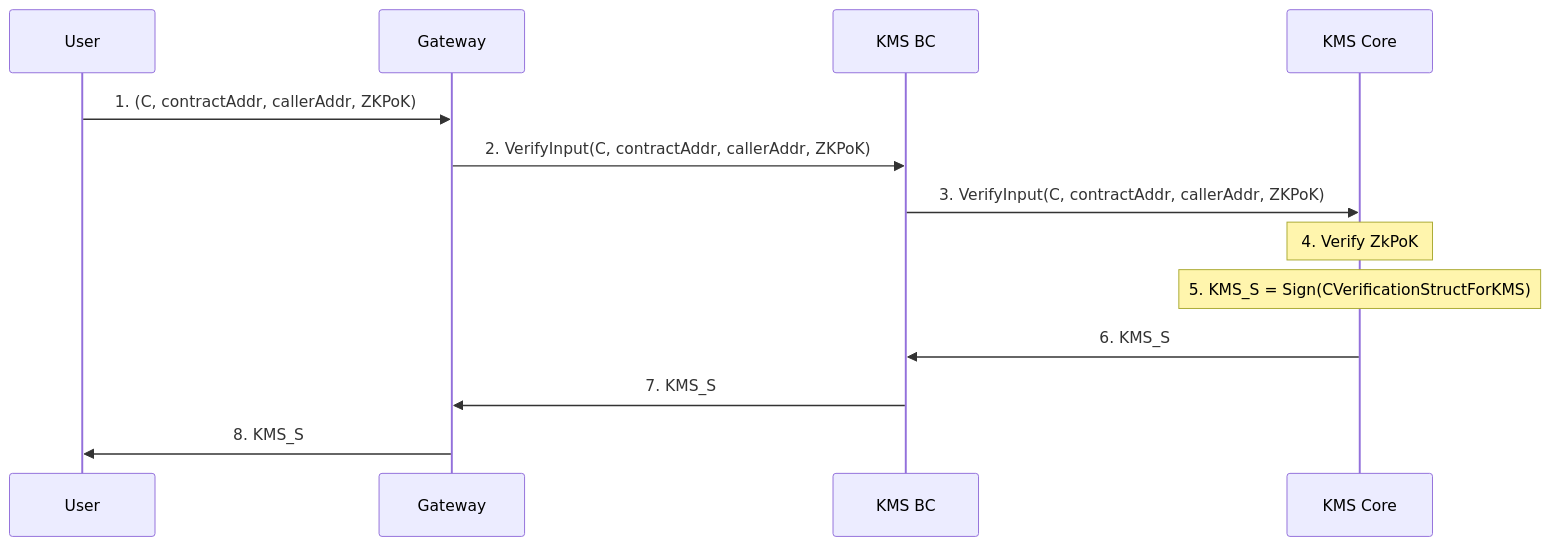
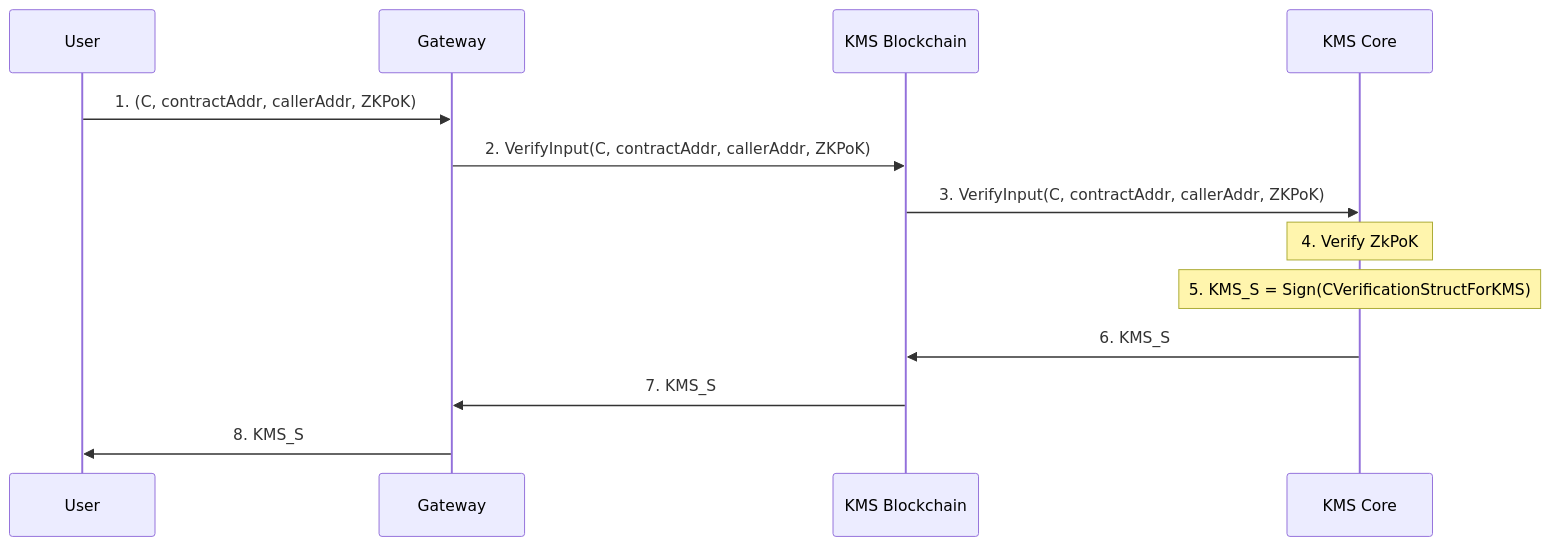
Before and after one commit to zama-ai/fhevm: the first of 2 diagrams in docs/fundamentals/fhevm/inputs.md, drawn with Mermaid. The commit also changed other lines of this file and 30 other files, not shown here.

````diff
--- a/docs/fundamentals/fhevm/inputs.md
+++ b/docs/fundamentals/fhevm/inputs.md
@@ -82,17 +80,17 @@
 ```mermaid
 sequenceDiagram
     participant User
     participant Gateway
-    participant KMS_BC as KMS BC
-    participant KMS_Core as KMS Core
+    participant KMS Blockchain
+    participant KMS Core
 
     User->>Gateway: 1. (C, contractAddr, callerAddr, ZKPoK)
-    Gateway->>KMS_BC: 2. VerifyInput(C, contractAddr, callerAddr, ZKPoK)
-    KMS_BC->>KMS_Core: 3. VerifyInput(C, contractAddr, callerAddr, ZKPoK)
-    Note over KMS_Core: 4. Verify ZkPoK
-    Note over KMS_Core: 5. KMS_S = Sign(CVerificationStructForKMS)
-    KMS_Core->>KMS_BC: 6. KMS_S
-    KMS_BC->>Gateway: 7. KMS_S
+    Gateway->>KMS Blockchain: 2. VerifyInput(C, contractAddr, callerAddr, ZKPoK)
+    KMS Blockchain->>KMS Core: 3. VerifyInput(C, contractAddr, callerAddr, ZKPoK)
+    Note over KMS Core: 4. Verify ZkPoK
+    Note over KMS Core: 5. KMS_S = Sign(CVerificationStructForKMS)
+    KMS Core->>KMS Blockchain: 6. KMS_S
+    KMS Blockchain->>Gateway: 7. KMS_S
     Gateway->>User: 8. KMS_S
 
 ```
````
